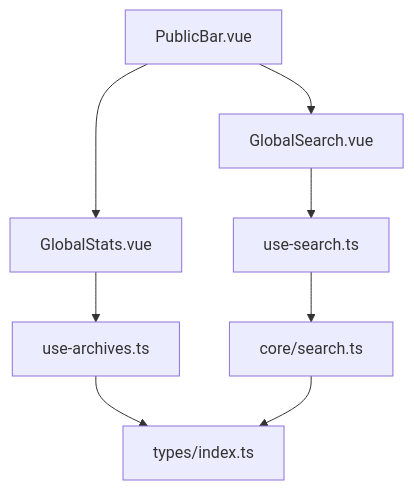
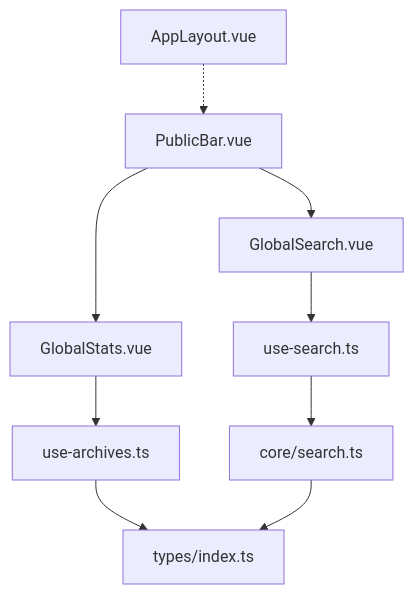
Before and after one commit to taoweidong/Hello-Tauri: the first of 7 diagrams in .qoder/repowiki/zh/content/用户界面/核心组件/公共栏组件.md, drawn with Mermaid. The commit also changed other lines of this file and 14 other files, not shown here.

````diff
--- a/.qoder/repowiki/zh/content/用户界面/核心组件/公共栏组件.md
+++ b/.qoder/repowiki/zh/content/用户界面/核心组件/公共栏组件.md
@@ -43,10 +51,11 @@
 ```mermaid
 graph TB
 A["PublicBar.vue"] --> B["GlobalStats.vue"]
 A --> C["GlobalSearch.vue"]
 C --> D["use-search.ts"]
 D --> E["core/search.ts"]
 B --> F["use-archives.ts"]
 F --> G["types/index.ts"]
 E --> G
+H["AppLayout.vue"] -.-> A
 ```
````
